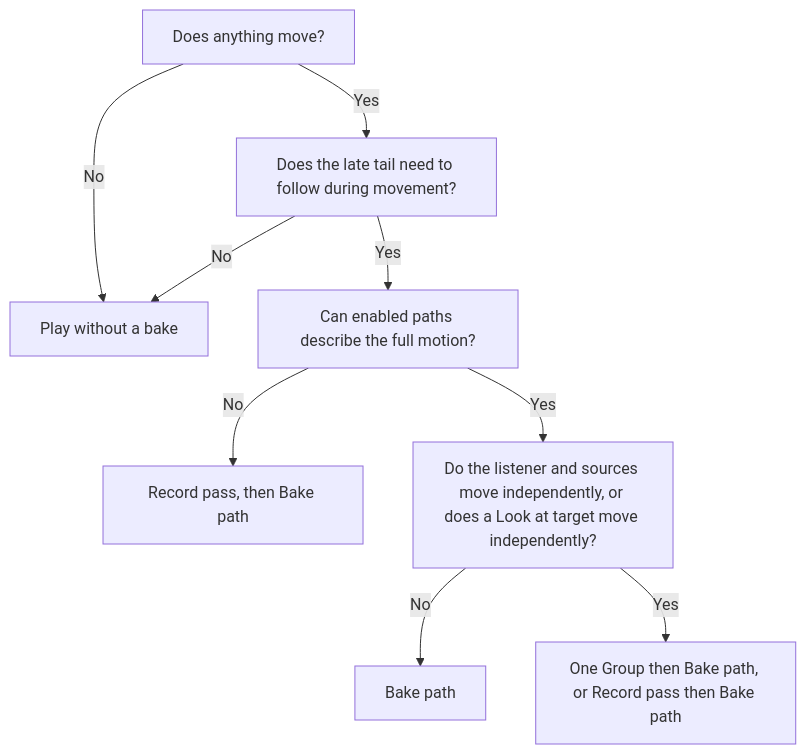
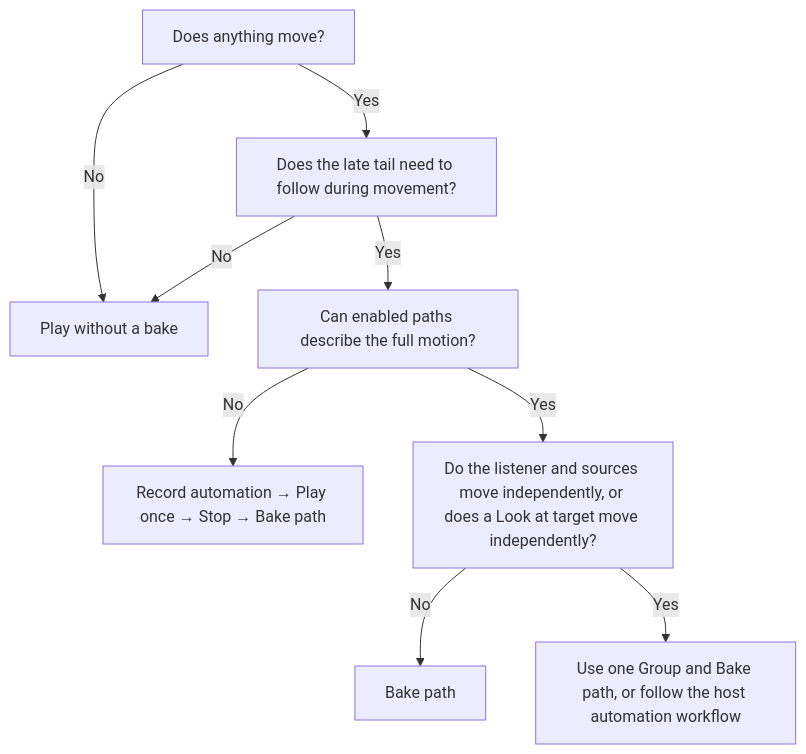
Before and after one commit to Bodzijun/sbp-verb-room: the diagram in docs/Manual_en.md, drawn with Mermaid. The commit also changed other lines of this file and 70 other files, not shown here.

Commit message:
Release 0.2.3: corner magnet and Join corners, Ambisonics normalization and level, clearer Record/Bake controls, small-window fixes

````diff
--- a/docs/Manual_en.md
+++ b/docs/Manual_en.md
@@ -177,11 +191,11 @@
 ```mermaid
 flowchart TD
     A["Does anything move?"] -->|No| B["Play without a bake"]
     A -->|Yes| C["Does the late tail need to follow during movement?"]
     C -->|No| B
     C -->|Yes| D["Can enabled paths describe the full motion?"]
-    D -->|No| E["Record pass, then Bake path"]
+    D -->|No| E["Record automation → Play once → Stop → Bake path"]
     D -->|Yes| F["Do the listener and sources move independently, or does a Look at target move independently?"]
     F -->|No| G["Bake path"]
-    F -->|Yes| H["One Group then Bake path, or Record pass then Bake path"]
+    F -->|Yes| H["Use one Group and Bake path, or follow the host automation workflow"]
 ```
````
